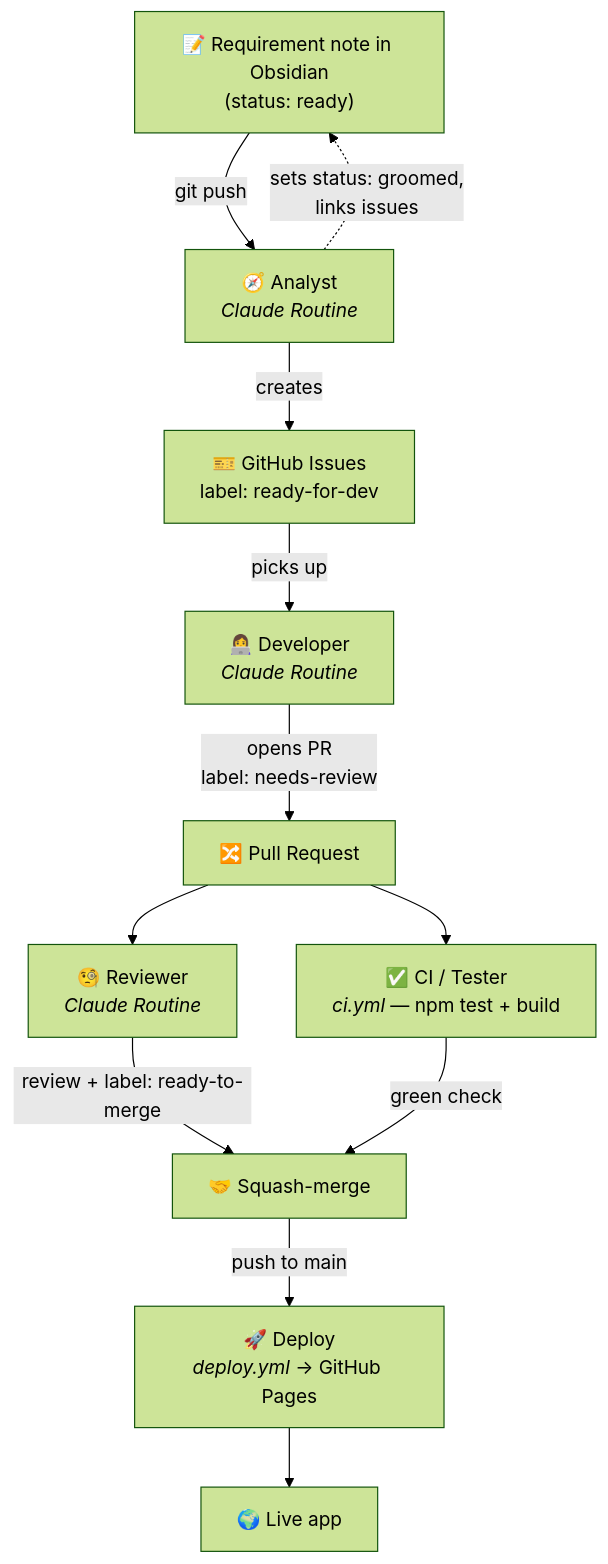
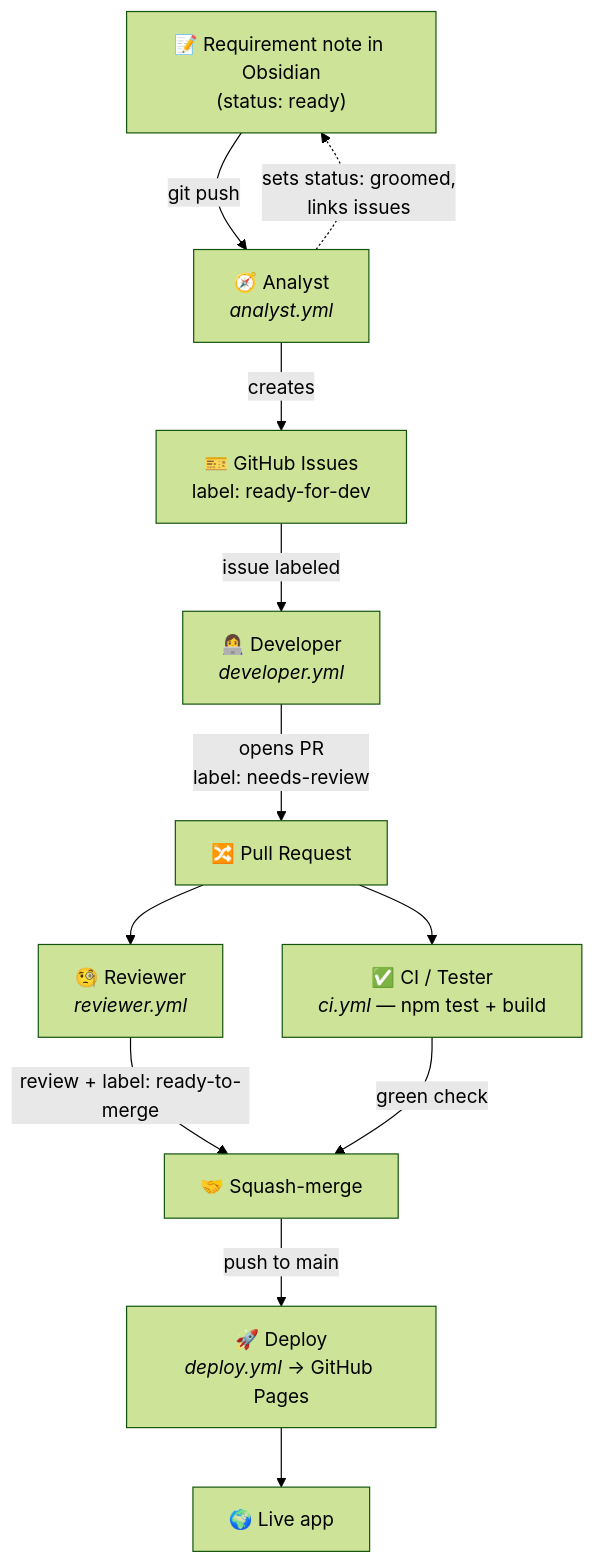
One commit to markoub/zenith changed the diagram in vault/09 - How it works/SDLC Pipeline.md. Above: the diagram before and after it, drawn with Mermaid (forest theme). The commit also changed other lines of this file and 6 other files, not shown here.

First line of the commit message:
Switch pipeline to event-triggered GitHub Actions; pause scheduled routines

````diff
--- a/vault/09 - How it works/SDLC Pipeline.md
+++ b/vault/09 - How it works/SDLC Pipeline.md
@@ -13,14 +13,14 @@
 ```mermaid
 flowchart TD
     A["📝 Requirement note in Obsidian<br/>(status: ready)"] -->|git push| B
-    B["🧭 Analyst<br/><i>Claude Routine</i>"] -->|creates| C["🎫 GitHub Issues<br/>label: ready-for-dev"]
-    C -->|picks up| D["👩‍💻 Developer<br/><i>Claude Routine</i>"]
+    B["🧭 Analyst<br/><i>analyst.yml</i>"] -->|creates| C["🎫 GitHub Issues<br/>label: ready-for-dev"]
+    C -->|issue labeled| D["👩‍💻 Developer<br/><i>developer.yml</i>"]
     D -->|opens PR<br/>label: needs-review| E["🔀 Pull Request"]
     E --> F["✅ CI / Tester<br/><i>ci.yml</i> — npm test + build"]
-    E --> G["🧐 Reviewer<br/><i>Claude Routine</i>"]
+    E --> G["🧐 Reviewer<br/><i>reviewer.yml</i>"]
     G -->|review + label: ready-to-merge| H["🤝 Squash-merge"]
     F -->|green check| H
     H -->|push to main| I["🚀 Deploy<br/><i>deploy.yml</i> → GitHub Pages"]
     I --> J["🌍 Live app"]
     B -.->|sets status: groomed,<br/>links issues| A
 ```
````
